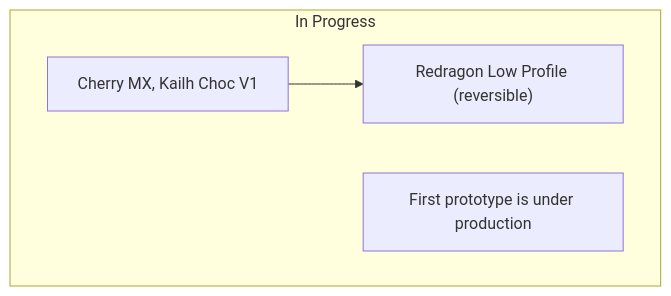
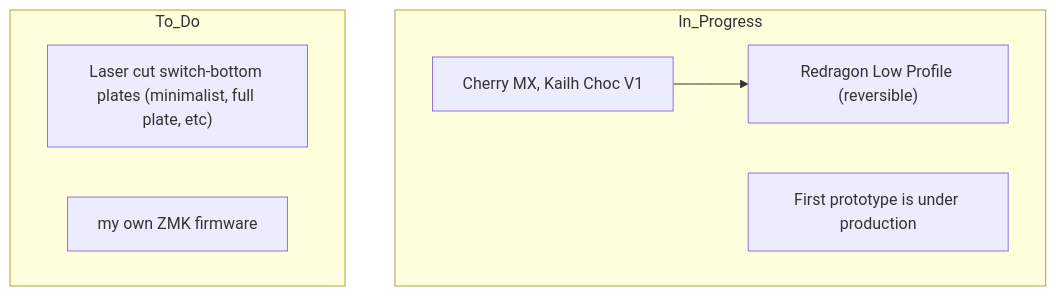
The diagram in README.md (Apiratchai/cheapis-redragon-lowprofile), drawn with Mermaid before and after one commit.

````diff
--- a/README.md
+++ b/README.md
@@ -1,11 +1,15 @@
 ```mermaid
 graph TD;
 
-
-subgraph In Progress
-  id1["Cherry MX, Kailh Choc V1"] --> id2["Redragon Low Profile (reversible)"];
-  id3["First prototype is under production"]
-
+subgraph In_Progress
+  id3["Cherry MX, Kailh Choc V1"] --> id4["Redragon Low Profile (reversible)"];
+  id5["First prototype is under production"];
 end
 
+subgraph To_Do
+  id1["Laser cut switch-bottom plates (minimalist, full plate, etc)"];
+  id2["my own ZMK firmware"]
+end
+
+
 ```
````
